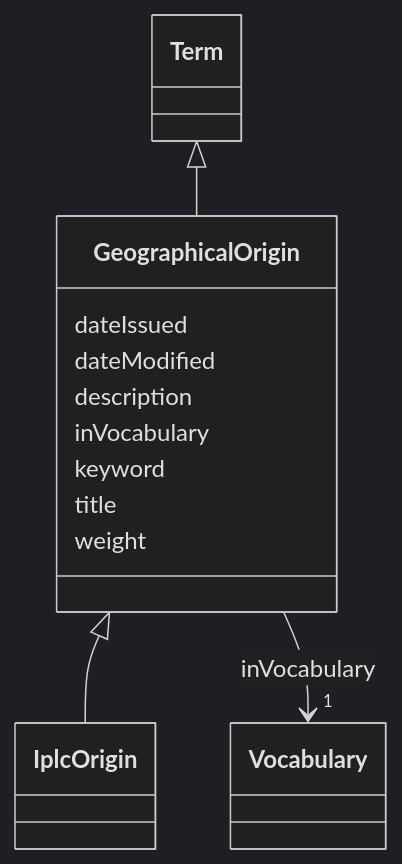
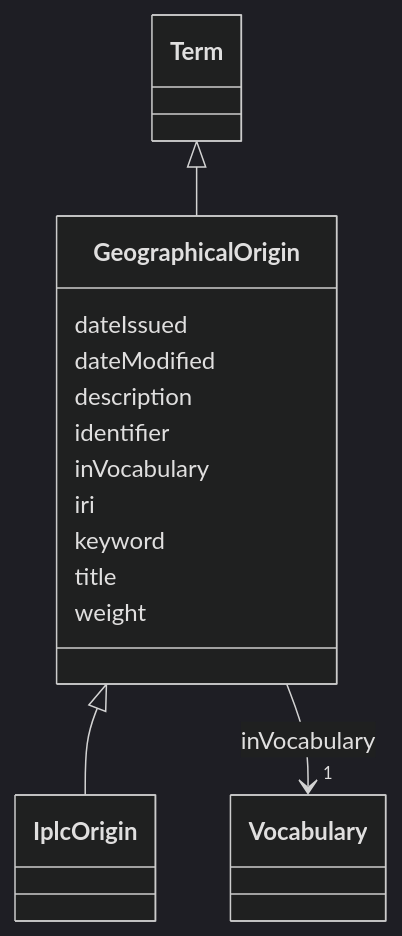
One commit to EVORA-project/evora-ontology changed the diagram in models/docs/GeographicalOrigin.md. Above: the diagram before and after it, drawn with Mermaid (dark theme). The commit also changed other lines of this file and 391 other files, not shown here.

````diff
--- a/models/docs/GeographicalOrigin.md
+++ b/models/docs/GeographicalOrigin.md
@@ -19,35 +19,39 @@
 ```mermaid
  classDiagram
     class GeographicalOrigin
     click GeographicalOrigin href "../GeographicalOrigin"
       Term <|-- GeographicalOrigin
         click Term href "../Term"
       
 
       GeographicalOrigin <|-- IplcOrigin
         click IplcOrigin href "../IplcOrigin"
       
       
       GeographicalOrigin : dateIssued
         
       GeographicalOrigin : dateModified
         
       GeographicalOrigin : description
         
+      GeographicalOrigin : identifier
+        
       GeographicalOrigin : inVocabulary
         
           
     
     
     GeographicalOrigin --> "1" Vocabulary : inVocabulary
     click Vocabulary href "../Vocabulary"
 
         
+      GeographicalOrigin : iri
+        
       GeographicalOrigin : keyword
         
       GeographicalOrigin : title
         
       GeographicalOrigin : weight
         
       
 ```
````
